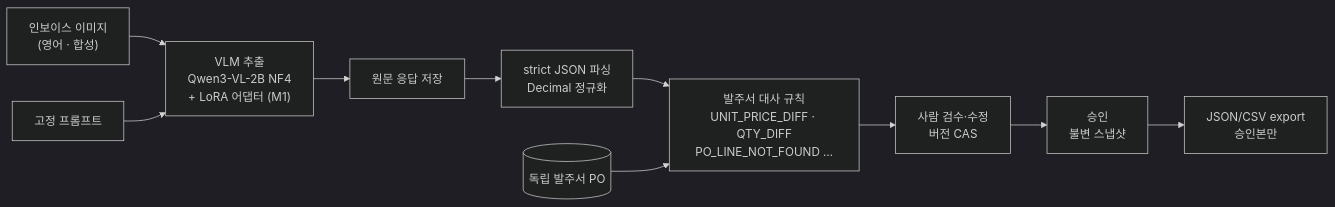
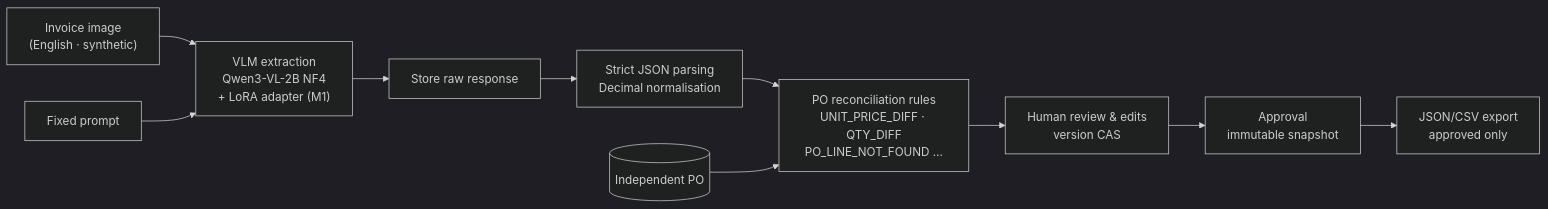
Before and after one commit to TaeyanG4/invoiceguard-po: the first of 4 diagrams in README.md, drawn with Mermaid (dark theme). The commit also changed other lines of this file and 16 other files, not shown here.

First line of the commit message:
README: English by default with a Korean version, readable tables, and bilingual charts

````diff
--- a/README.md
+++ b/README.md
@@ -59,12 +85,12 @@
 ```mermaid
 flowchart LR
-  IMG["인보이스 이미지<br/>(영어 · 합성)"] --> VLM
-  PROMPT["고정 프롬프트"] --> VLM
-  VLM["VLM 추출<br/>Qwen3-VL-2B NF4<br/>+ LoRA 어댑터 (M1)"] --> RAW["원문 응답 저장"]
-  RAW --> PARSE["strict JSON 파싱<br/>Decimal 정규화"]
-  PARSE --> REC["발주서 대사 규칙<br/>UNIT_PRICE_DIFF · QTY_DIFF<br/>PO_LINE_NOT_FOUND …"]
-  PO[("독립 발주서 PO")] --> REC
-  REC --> REVIEW["사람 검수·수정<br/>버전 CAS"]
-  REVIEW --> APPROVE["승인<br/>불변 스냅샷"]
-  APPROVE --> EXPORT["JSON/CSV export<br/>승인본만"]
+  IMG["Invoice image<br/>(English · synthetic)"] --> VLM
+  PROMPT["Fixed prompt"] --> VLM
+  VLM["VLM extraction<br/>Qwen3-VL-2B NF4<br/>+ LoRA adapter (M1)"] --> RAW["Store raw response"]
+  RAW --> PARSE["Strict JSON parsing<br/>Decimal normalisation"]
+  PARSE --> REC["PO reconciliation rules<br/>UNIT_PRICE_DIFF · QTY_DIFF<br/>PO_LINE_NOT_FOUND …"]
+  PO[("Independent PO")] --> REC
+  REC --> REVIEW["Human review & edits<br/>version CAS"]
+  REVIEW --> APPROVE["Approval<br/>immutable snapshot"]
+  APPROVE --> EXPORT["JSON/CSV export<br/>approved only"]
 ```
````
